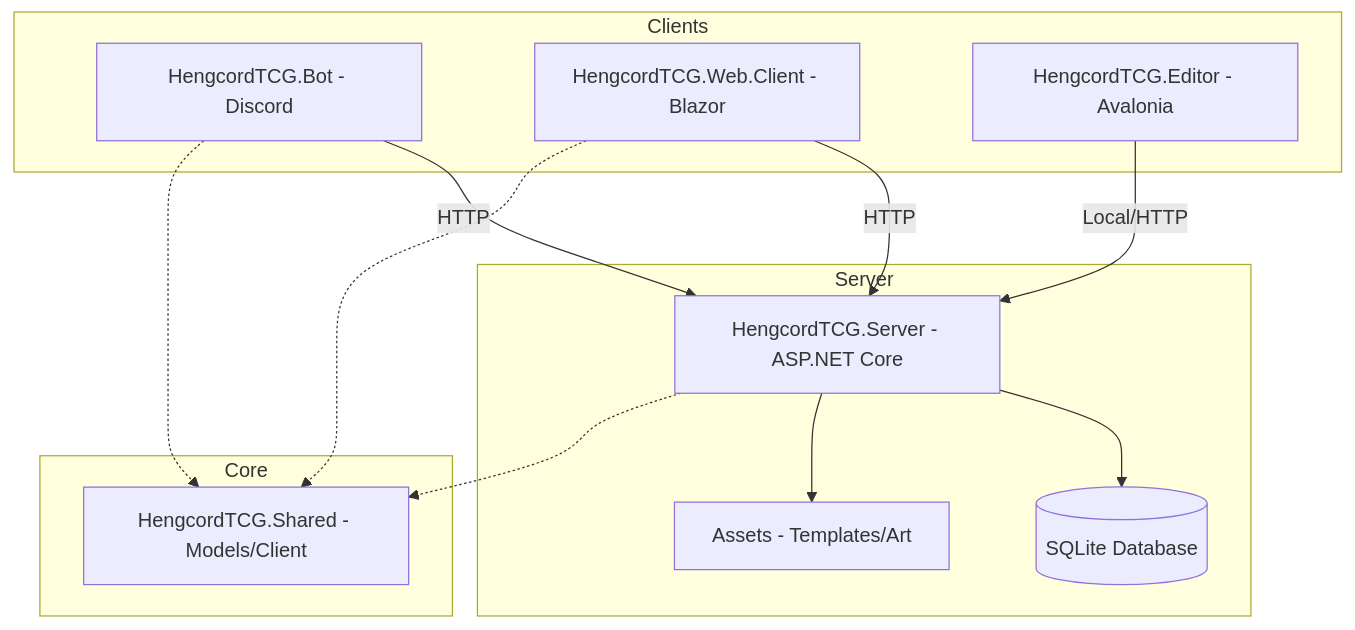
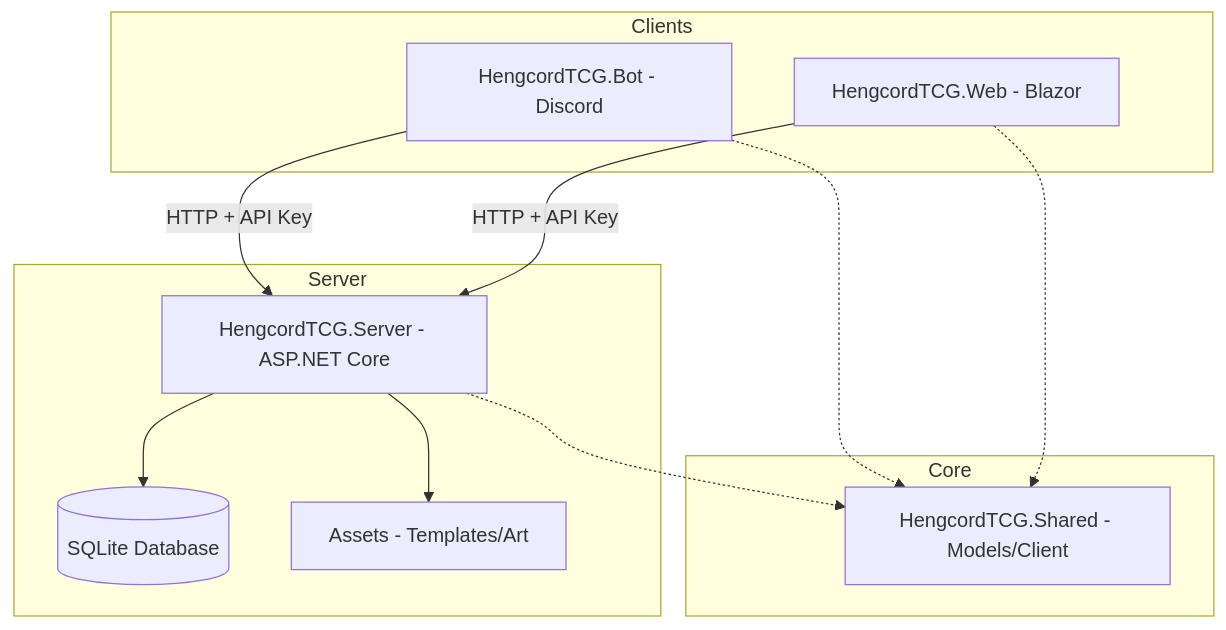
Before and after one commit to Kermo27/HengcordTCG: the diagram in README.md, drawn with Mermaid. The commit also changed other lines of this file and 8 other files, not shown here.

First line of the commit message:
chore: remove HengcordTCG.Editor project from solution

````diff
--- a/README.md
+++ b/README.md
@@ -9,27 +9,25 @@
 ```mermaid
 graph TD
     subgraph Clients
         Bot[HengcordTCG.Bot - Discord]
-        Web[HengcordTCG.Web.Client - Blazor]
-        Editor[HengcordTCG.Editor - Avalonia]
+        Web[HengcordTCG.Web - Blazor]
     end
 
     subgraph Server
         API[HengcordTCG.Server - ASP.NET Core]
         DB[(SQLite Database)]
         Assets[Assets - Templates/Art]
     end
 
     subgraph Core
         Shared[HengcordTCG.Shared - Models/Client]
     end
 
-    Bot -->|HTTP| API
-    Web -->|HTTP| API
-    Editor -->|Local/HTTP| API
+    Bot -->|HTTP + API Key| API
+    Web -->|HTTP + API Key| API
     API --> DB
     API --> Assets
     Bot -.-> Shared
     Web -.-> Shared
     API -.-> Shared
 ```
````
